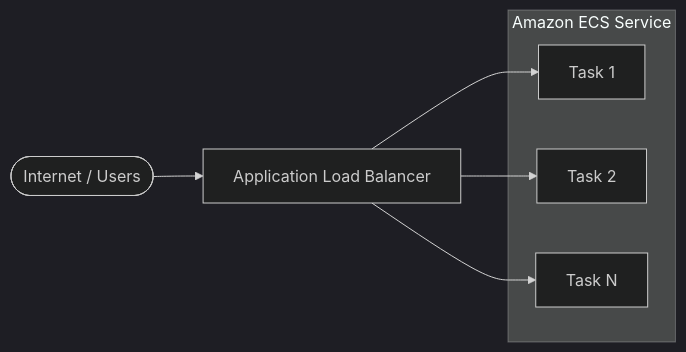
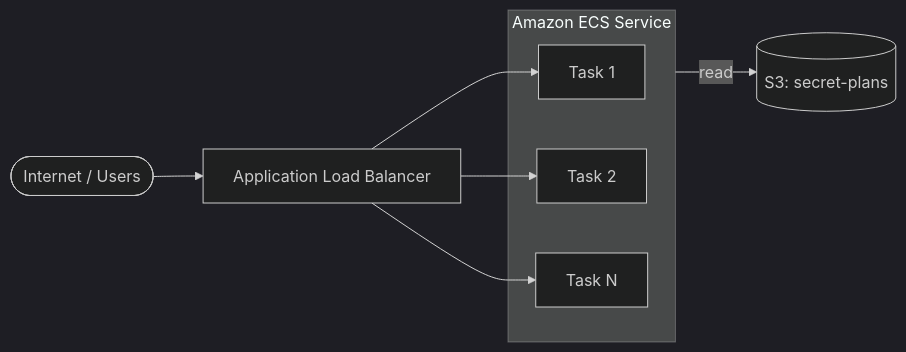
Before and after one commit to rhart-rpadg/my-grand-plans: the diagram in ARCHITECTURE.md, drawn with Mermaid (dark theme). The commit also changed other lines of this file and 2 other files, not shown here.

````diff
--- a/ARCHITECTURE.md
+++ b/ARCHITECTURE.md
@@ -15,16 +15,18 @@
 ```mermaid
 flowchart LR
     user([Internet / Users])
     alb[Application Load Balancer]
+    s3[(S3: secret-plans)]
 
     subgraph ECS["Amazon ECS Service"]
         task1[Task 1]
         task2[Task 2]
         task3[Task N]
     end
 
     user --> alb
     alb --> task1
     alb --> task2
     alb --> task3
+    ECS -- read --> s3
 ```
````
